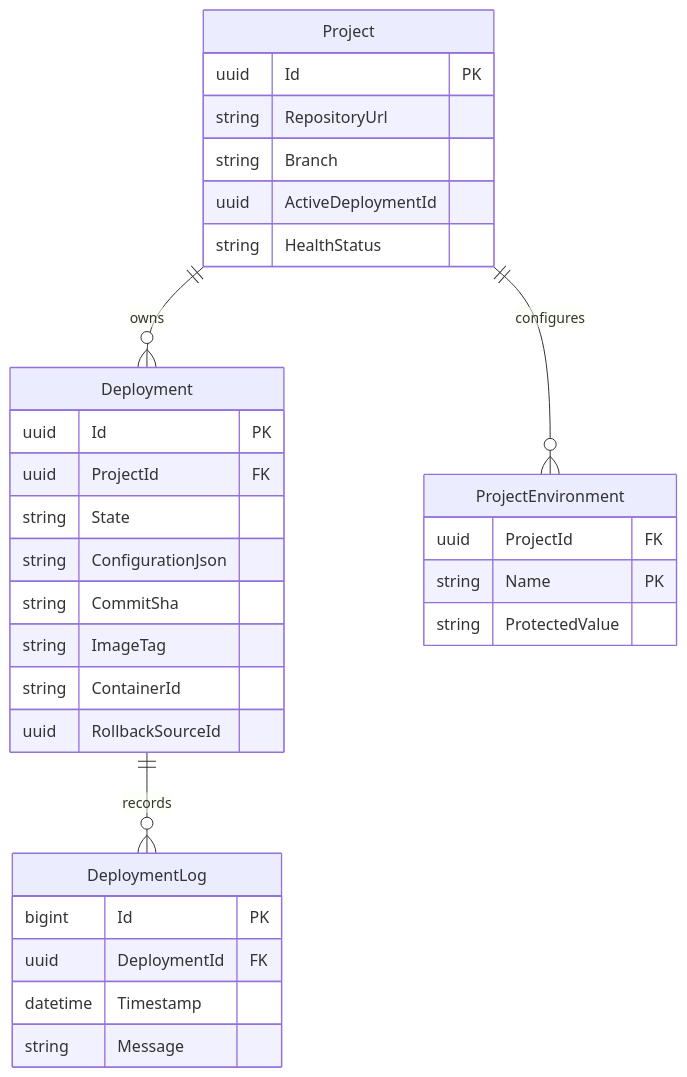
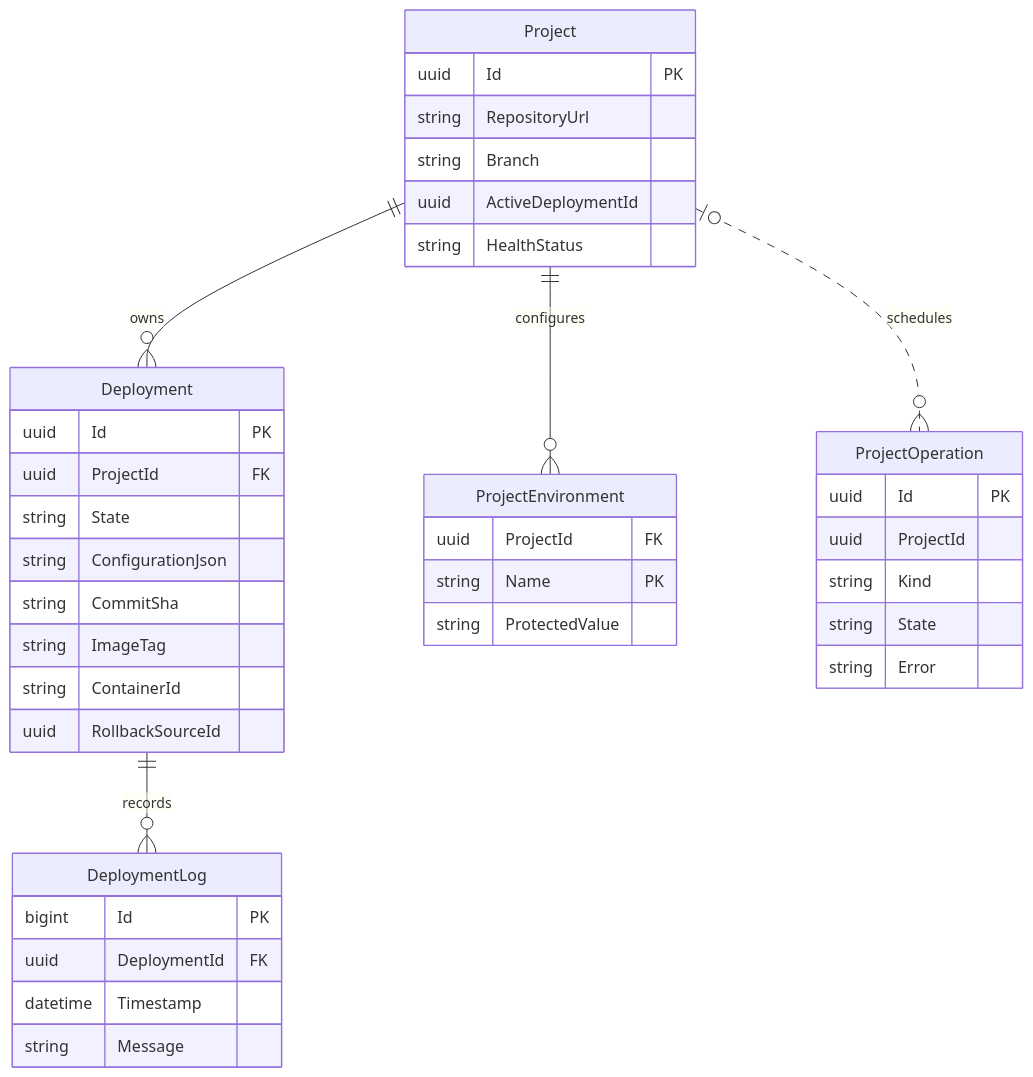
One commit to nikolliervin/ForgeDock changed the second of 4 diagrams in docs/ARCHITECTURE.md. Above: the diagram before and after it, drawn with Mermaid. The commit also changed other lines of this file and 11 other files, not shown here.

````diff
--- a/docs/ARCHITECTURE.md
+++ b/docs/ARCHITECTURE.md
@@ -42,34 +42,42 @@
 ```mermaid
 erDiagram
     Project ||--o{ Deployment : owns
     Project ||--o{ ProjectEnvironment : configures
+    Project |o..o{ ProjectOperation : schedules
     Deployment ||--o{ DeploymentLog : records
     Project {
         uuid Id PK
         string RepositoryUrl
         string Branch
         uuid ActiveDeploymentId
         string HealthStatus
     }
     Deployment {
         uuid Id PK
         uuid ProjectId FK
         string State
         string ConfigurationJson
         string CommitSha
         string ImageTag
         string ContainerId
         uuid RollbackSourceId
     }
     ProjectEnvironment {
         uuid ProjectId FK
         string Name PK
         string ProtectedValue
     }
+    ProjectOperation {
+        uuid Id PK
+        uuid ProjectId
+        string Kind
+        string State
+        string Error
+    }
     DeploymentLog {
         bigint Id PK
         uuid DeploymentId FK
         datetime Timestamp
         string Message
     }
 ```
````
